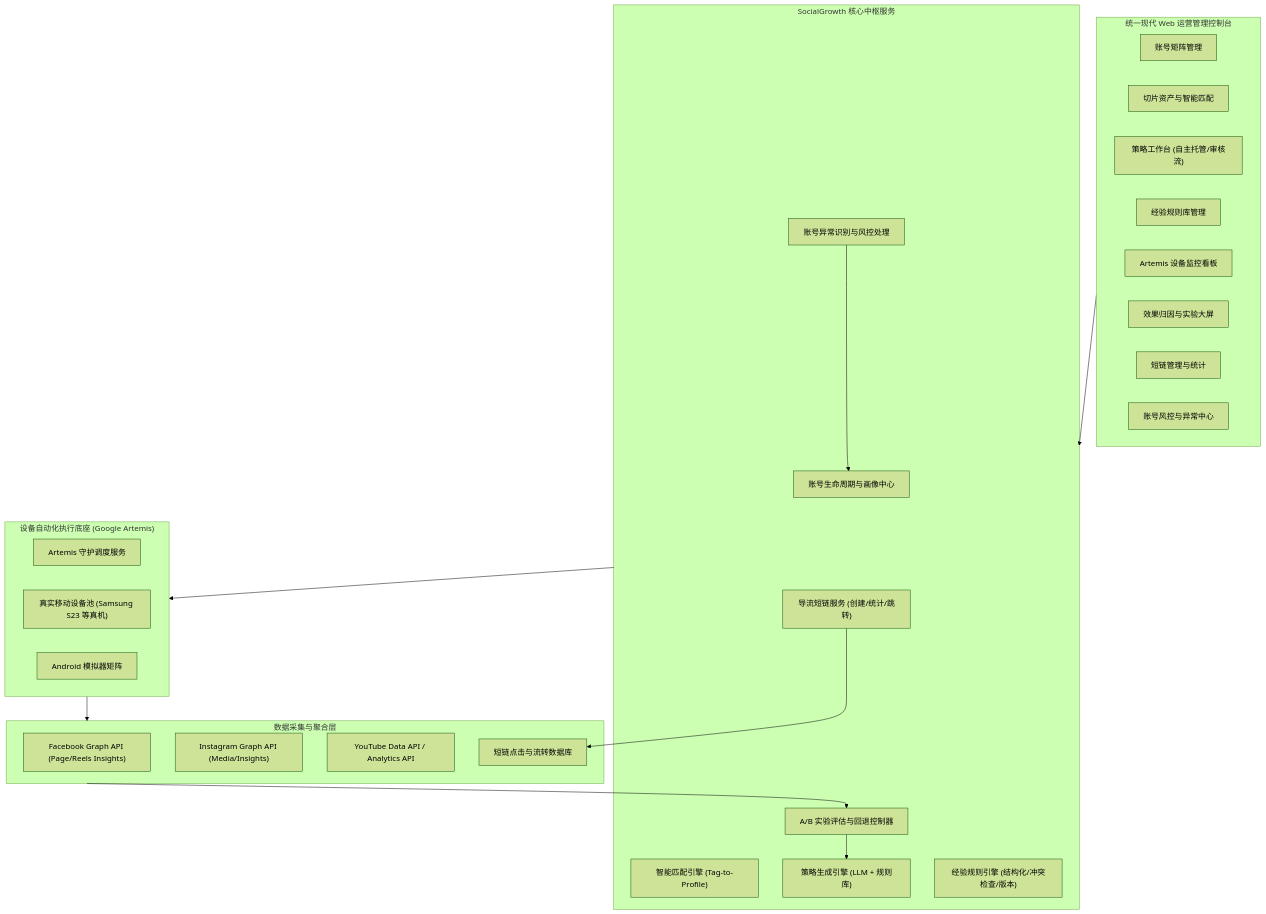
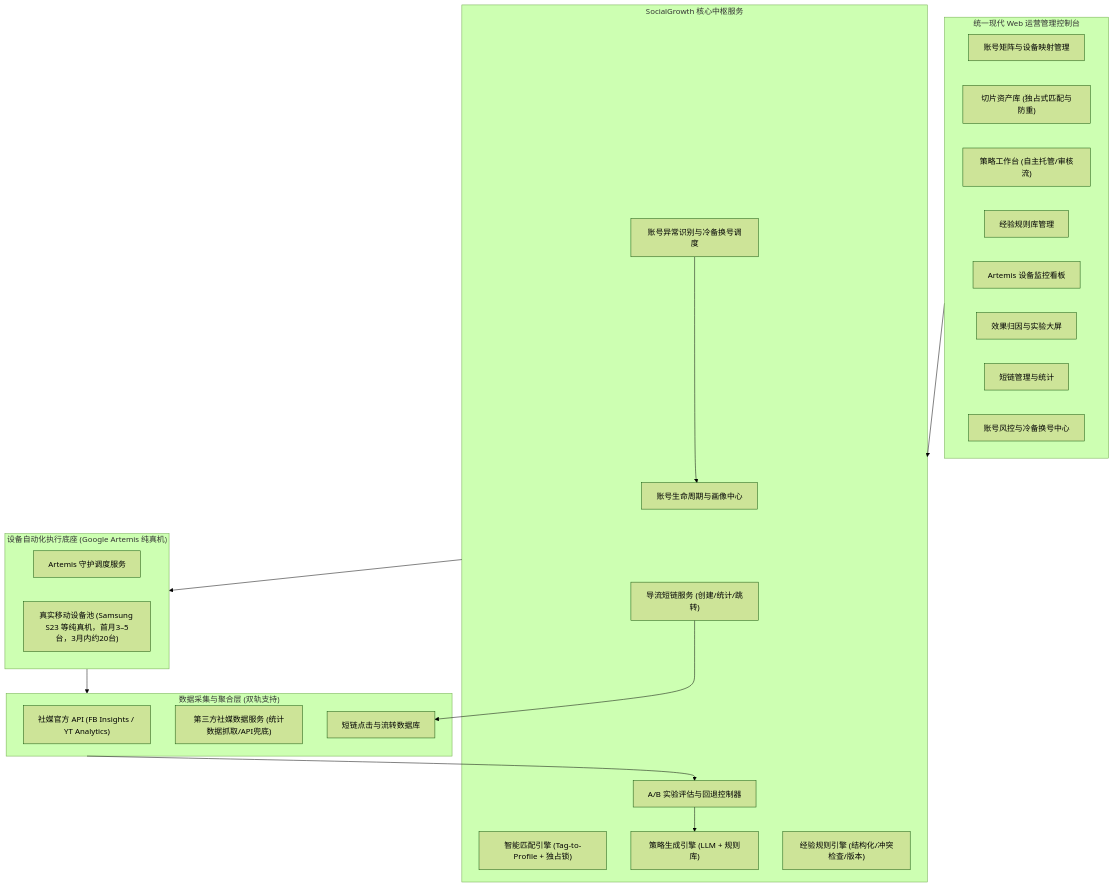
One commit to linghuxj/SocialGrowth changed the diagram in docs/delivery-specification.md. Above: the diagram before and after it, drawn with Mermaid (forest theme). The commit also changed other lines of this file and 118 other files, not shown here.

````diff
--- a/docs/delivery-specification.md
+++ b/docs/delivery-specification.md
@@ -9,44 +9,42 @@
 ```mermaid
 flowchart TD
     subgraph UI ["统一现代 Web 运营管理控制台"]
-        A1["账号矩阵管理"]
-        A2["切片资产与智能匹配"]
+        A1["账号矩阵与设备映射管理"]
+        A2["切片资产库 (独占式匹配与防重)"]
         A3["策略工作台 (自主托管/审核流)"]
         A4["经验规则库管理"]
         A5["Artemis 设备监控看板"]
         A6["效果归因与实验大屏"]
         A7["短链管理与统计"]
-        A8["账号风控与异常中心"]
+        A8["账号风控与冷备换号中心"]
     end
 
     subgraph Core ["SocialGrowth 核心中枢服务"]
         B1["账号生命周期与画像中心"]
-        B2["智能匹配引擎 (Tag-to-Profile)"]
+        B2["智能匹配引擎 (Tag-to-Profile + 独占锁)"]
         B3["策略生成引擎 (LLM + 规则库)"]
         B4["经验规则引擎 (结构化/冲突检查/版本)"]
         B5["A/B 实验评估与回退控制器"]
         B6["导流短链服务 (创建/统计/跳转)"]
-        B7["账号异常识别与风控处理"]
+        B7["账号异常识别与冷备换号调度"]
     end
 
-    subgraph Data ["数据采集与聚合层"]
-        C1["Facebook Graph API (Page/Reels Insights)"]
-        C2["Instagram Graph API (Media/Insights)"]
-        C3["YouTube Data API / Analytics API"]
-        C4["短链点击与流转数据库"]
+    subgraph Data ["数据采集与聚合层 (双轨支持)"]
+        C1["社媒官方 API (FB Insights / YT Analytics)"]
+        C2["第三方社媒数据服务 (统计数据抓取/API兜底)"]
+        C3["短链点击与流转数据库"]
     end
 
-    subgraph Execution ["设备自动化执行底座 (Google Artemis)"]
+    subgraph Execution ["设备自动化执行底座 (Google Artemis 纯真机)"]
         D1["Artemis 守护调度服务"]
-        D2["真实移动设备池 (Samsung S23 等真机)"]
-        D3["Android 模拟器矩阵"]
+        D2["真实移动设备池 (Samsung S23 等纯真机，首月3–5台，3月内约20台)"]
     end
 
     UI --> Core
     Core --> Execution
     Execution --> Data
     Data --> B5
     B5 --> B3
     B7 --> B1
-    B6 --> C4
+    B6 --> C3
 ```
````
